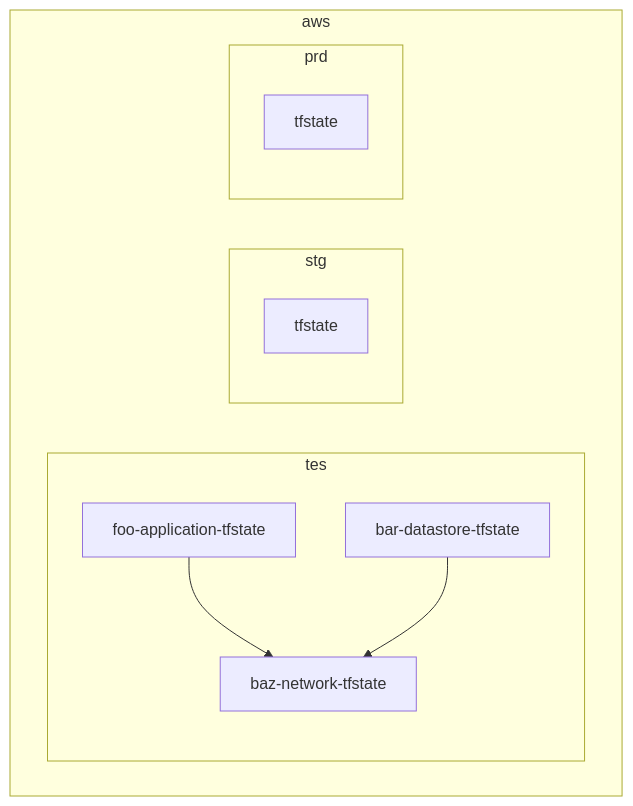
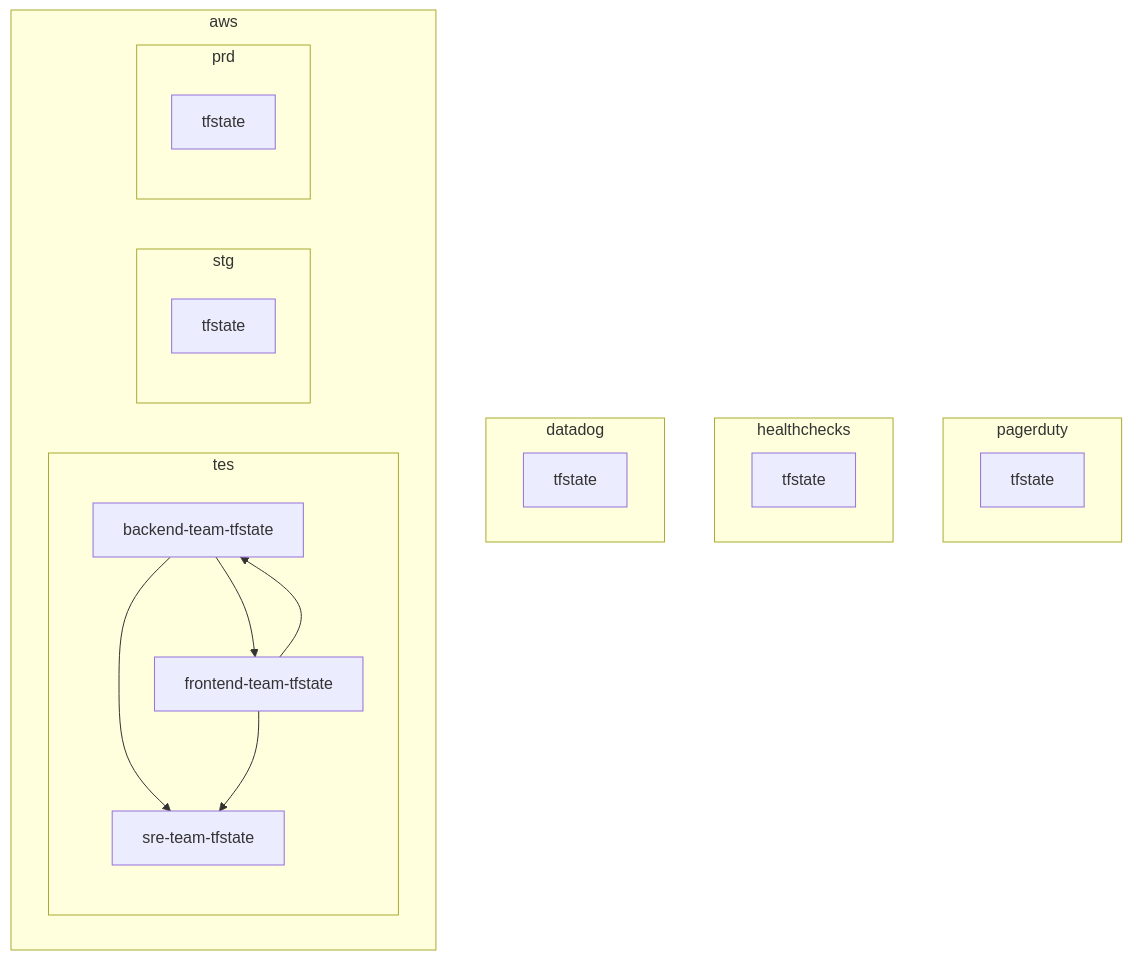
The fourth of 7 diagrams in docs/infrastructure_as_code/infrastructure_as_code_terraform_policy_tfstate.md (hiroki-it/tech-notebook), drawn with Mermaid before and after one commit. The commit also changed other lines of this file and 2 other files, not shown here.

````diff
--- a/docs/infrastructure_as_code/infrastructure_as_code_terraform_policy_tfstate.md
+++ b/docs/infrastructure_as_code/infrastructure_as_code_terraform_policy_tfstate.md
@@ -372,16 +467,26 @@
 ```mermaid
 graph TB
+    subgraph pagerduty
+    Pagerduty[tfstate]
+    end
+    subgraph healthchecks
+    Healthchecks[tfstate]
+    end
+    subgraph datadog
+    Datadog[tfstate]
+    end
     subgraph aws
     subgraph tes
-    A[foo-application-tfstate]-->C
-    B[bar-datastore-tfstate]-->C
-    C[baz-network-tfstate]
+    A[backend-team-tfstate]-->B
+    B[frontend-team-tfstate]-->A
+    A-->C[sre-team-tfstate]
+    B-->C[sre-team-tfstate]
     end
     subgraph stg
     D[tfstate]
     end
     subgraph prd
     e[tfstate]
     end
     end
 ```
````
